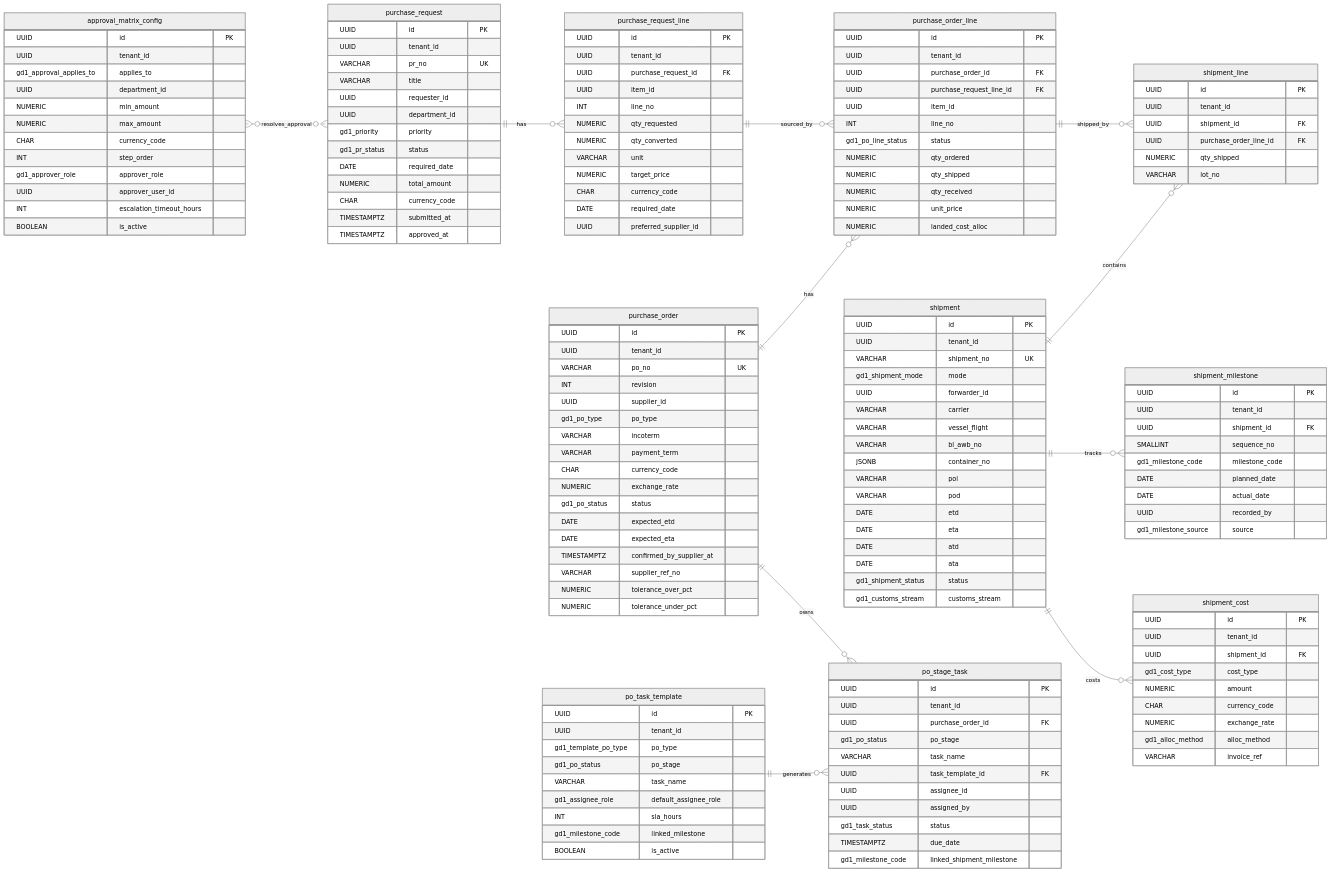
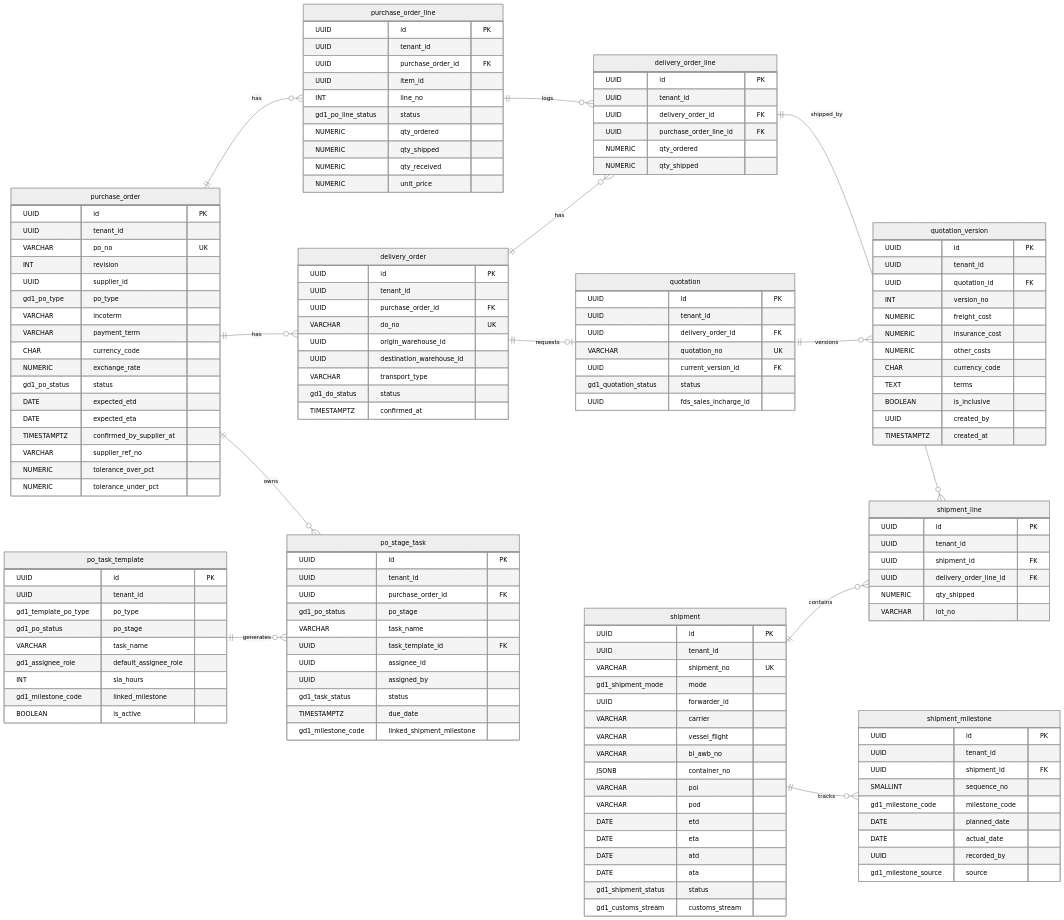
Before and after one commit to hoanglong2111/PROJECT-PRODUCT: the diagram in docs/database/PHASE1_PROCUREMENT_IMPORT_ERD.mermaid, drawn with Mermaid (neutral theme). The commit also changed 60 other files, not shown here.

```diff
--- a/docs/database/PHASE1_PROCUREMENT_IMPORT_ERD.mermaid
+++ b/docs/database/PHASE1_PROCUREMENT_IMPORT_ERD.mermaid
@@ -1,174 +1,161 @@
 %%{init: {"er": {"layoutDirection": "LR", "diagramPadding": 48}, "flowchart": {"curve": "stepBefore"}}}%%
 erDiagram
   direction LR
-
-  purchase_request {
-    UUID id PK
-    UUID tenant_id
-    VARCHAR pr_no UK
-    VARCHAR title
-    UUID requester_id
-    UUID department_id
-    gd1_priority priority
-    gd1_pr_status status
-    DATE required_date
-    NUMERIC total_amount
-    CHAR currency_code
-    TIMESTAMPTZ submitted_at
-    TIMESTAMPTZ approved_at
-  }
-
-  purchase_request_line {
-    UUID id PK
-    UUID tenant_id
-    UUID purchase_request_id FK
-    UUID item_id
-    INT line_no
-    NUMERIC qty_requested
-    NUMERIC qty_converted
-    VARCHAR unit
-    NUMERIC target_price
-    CHAR currency_code
-    DATE required_date
-    UUID preferred_supplier_id
-  }
 
   purchase_order {
     UUID id PK
     UUID tenant_id
     VARCHAR po_no UK
     INT revision
     UUID supplier_id
     gd1_po_type po_type
     VARCHAR incoterm
     VARCHAR payment_term
     CHAR currency_code
     NUMERIC exchange_rate
     gd1_po_status status
     DATE expected_etd
     DATE expected_eta
     TIMESTAMPTZ confirmed_by_supplier_at
     VARCHAR supplier_ref_no
     NUMERIC tolerance_over_pct
     NUMERIC tolerance_under_pct
   }
 
   purchase_order_line {
     UUID id PK
     UUID tenant_id
     UUID purchase_order_id FK
-    UUID purchase_request_line_id FK
     UUID item_id
     INT line_no
     gd1_po_line_status status
     NUMERIC qty_ordered
     NUMERIC qty_shipped
     NUMERIC qty_received
     NUMERIC unit_price
-    NUMERIC landed_cost_alloc
+  }
+
+  delivery_order {
+    UUID id PK
+    UUID tenant_id
+    UUID purchase_order_id FK
+    VARCHAR do_no UK
+    UUID origin_warehouse_id
+    UUID destination_warehouse_id
+    VARCHAR transport_type
+    gd1_do_status status
+    TIMESTAMPTZ confirmed_at
+  }
+
+  delivery_order_line {
+    UUID id PK
+    UUID tenant_id
+    UUID delivery_order_id FK
+    UUID purchase_order_line_id FK
+    NUMERIC qty_ordered
+    NUMERIC qty_shipped
+  }
+
+  quotation {
+    UUID id PK
+    UUID tenant_id
+    UUID delivery_order_id FK
+    VARCHAR quotation_no UK
+    UUID current_version_id FK
+    gd1_quotation_status status
+    UUID fds_sales_incharge_id
+  }
+
+  quotation_version {
+    UUID id PK
+    UUID tenant_id
+    UUID quotation_id FK
+    INT version_no
+    NUMERIC freight_cost
+    NUMERIC insurance_cost
+    NUMERIC other_costs
+    CHAR currency_code
+    TEXT terms
+    BOOLEAN is_inclusive
+    UUID created_by
+    TIMESTAMPTZ created_at
   }
 
   shipment {
     UUID id PK
     UUID tenant_id
     VARCHAR shipment_no UK
     gd1_shipment_mode mode
     UUID forwarder_id
     VARCHAR carrier
     VARCHAR vessel_flight
     VARCHAR bl_awb_no
     JSONB container_no
     VARCHAR pol
     VARCHAR pod
     DATE etd
     DATE eta
     DATE atd
     DATE ata
     gd1_shipment_status status
     gd1_customs_stream customs_stream
   }
 
   shipment_line {
     UUID id PK
     UUID tenant_id
     UUID shipment_id FK
-    UUID purchase_order_line_id FK
+    UUID delivery_order_line_id FK
     NUMERIC qty_shipped
     VARCHAR lot_no
   }
 
   shipment_milestone {
     UUID id PK
     UUID tenant_id
     UUID shipment_id FK
     SMALLINT sequence_no
     gd1_milestone_code milestone_code
     DATE planned_date
     DATE actual_date
     UUID recorded_by
     gd1_milestone_source source
-  }
-
-  shipment_cost {
-    UUID id PK
-    UUID tenant_id
-    UUID shipment_id FK
-    gd1_cost_type cost_type
-    NUMERIC amount
-    CHAR currency_code
-    NUMERIC exchange_rate
-    gd1_alloc_method alloc_method
-    VARCHAR invoice_ref
   }
 
   po_stage_task {
     UUID id PK
     UUID tenant_id
     UUID purchase_order_id FK
     gd1_po_status po_stage
     VARCHAR task_name
     UUID task_template_id FK
     UUID assignee_id
     UUID assigned_by
     gd1_task_status status
     TIMESTAMPTZ due_date
     gd1_milestone_code linked_shipment_milestone
   }
 
   po_task_template {
     UUID id PK
     UUID tenant_id
     gd1_template_po_type po_type
     gd1_po_status po_stage
     VARCHAR task_name
     gd1_assignee_role default_assignee_role
     INT sla_hours
     gd1_milestone_code linked_milestone
     BOOLEAN is_active
   }
 
-  approval_matrix_config {
-    UUID id PK
-    UUID tenant_id
-    gd1_approval_applies_to applies_to
-    UUID department_id
-    NUMERIC min_amount
-    NUMERIC max_amount
-    CHAR currency_code
-    INT step_order
-    gd1_approver_role approver_role
-    UUID approver_user_id
-    INT escalation_timeout_hours
-    BOOLEAN is_active
-  }
-
-  purchase_request ||--o{ purchase_request_line : has
-  purchase_request_line ||--o{ purchase_order_line : sourced_by
   purchase_order ||--o{ purchase_order_line : has
-  purchase_order_line ||--o{ shipment_line : shipped_by
+  purchase_order ||--o{ delivery_order : has
+  delivery_order ||--o{ delivery_order_line : has
+  purchase_order_line ||--o{ delivery_order_line : logs
+  delivery_order ||--o| quotation : requests
+  quotation ||--o{ quotation_version : versions
+  delivery_order_line ||--o{ shipment_line : shipped_by
   shipment ||--o{ shipment_line : contains
   shipment ||--o{ shipment_milestone : tracks
-  shipment ||--o{ shipment_cost : costs
   purchase_order ||--o{ po_stage_task : owns
   po_task_template ||--o{ po_stage_task : generates
-  approval_matrix_config }o..o{ purchase_request : resolves_approval
```
